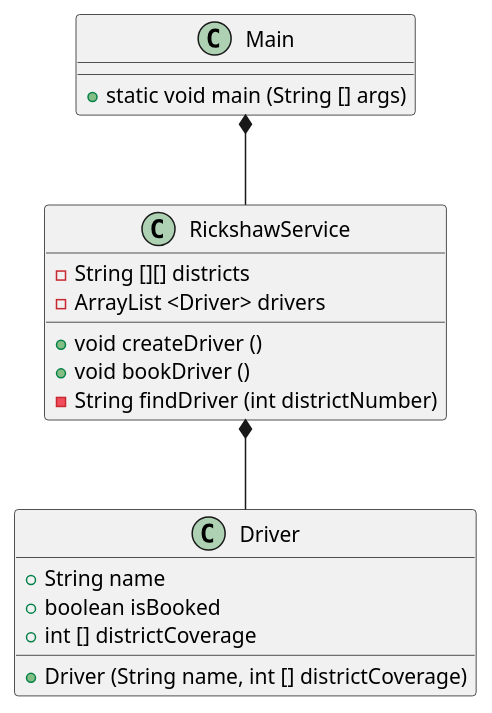
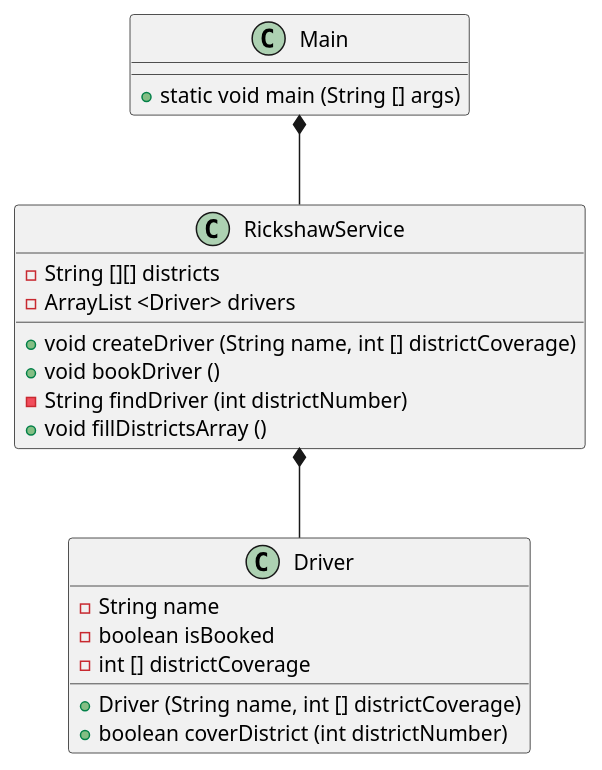
One commit to DavidK97/EKS24_OPG_5 changed the diagram in doc/classdiagram.puml. Above: the diagram before and after it, drawn with PlantUML. The commit also changed 11 other files, not shown here.

```diff
--- a/doc/classdiagram.puml
+++ b/doc/classdiagram.puml
@@ -1,29 +1,31 @@
 @startuml
 'https://plantuml.com/class-diagram
 
 class Main {
 + static void main (String [] args)
 }
 
 class RickshawService {
 - String [][] districts
 - ArrayList <Driver> drivers
 
-+ void createDriver ()
++ void createDriver (String name, int [] districtCoverage)
 + void bookDriver ()
 - String findDriver (int districtNumber)
++ void fillDistrictsArray ()
 }
 
 class Driver {
-+ String name
-+ boolean isBooked
-+ int [] districtCoverage
+- String name
+- boolean isBooked
+- int [] districtCoverage
 
 + Driver (String name, int [] districtCoverage)
++ boolean coverDistrict (int districtNumber)
 }
 
 Main *-- RickshawService
 RickshawService *-- Driver
 
 
 @enduml
```
